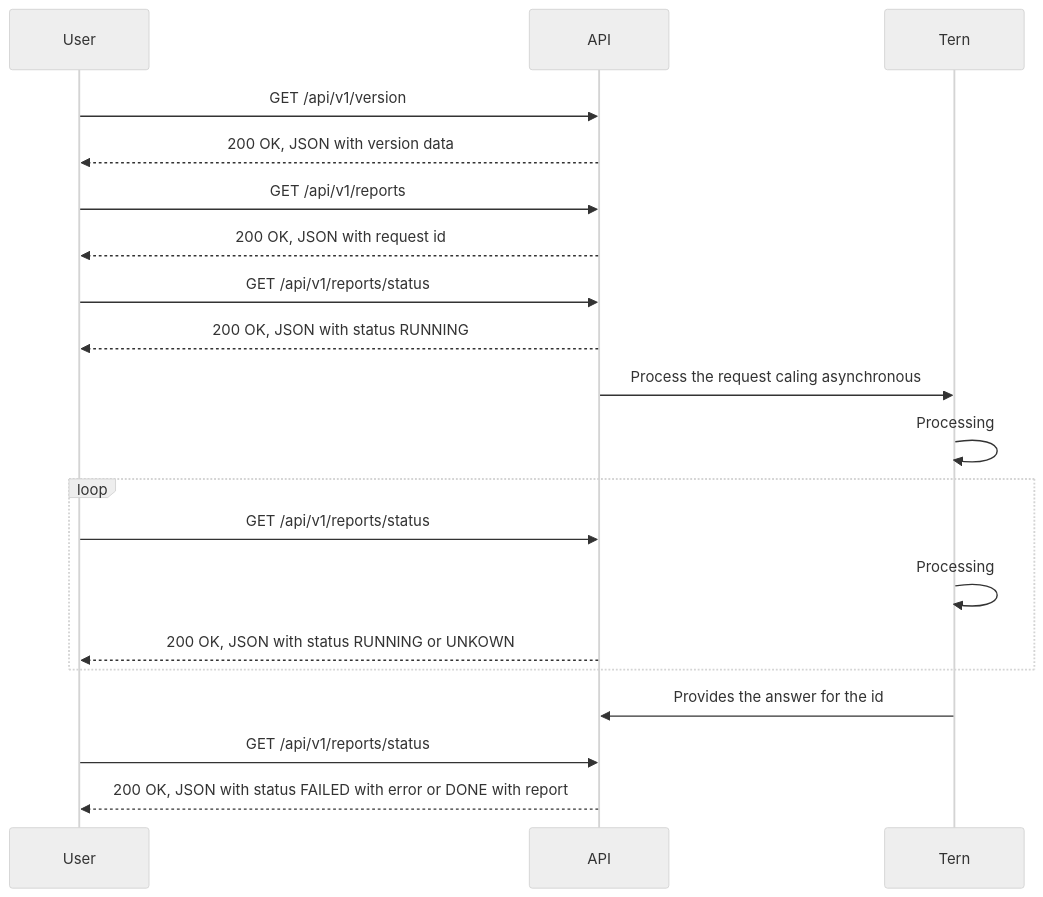
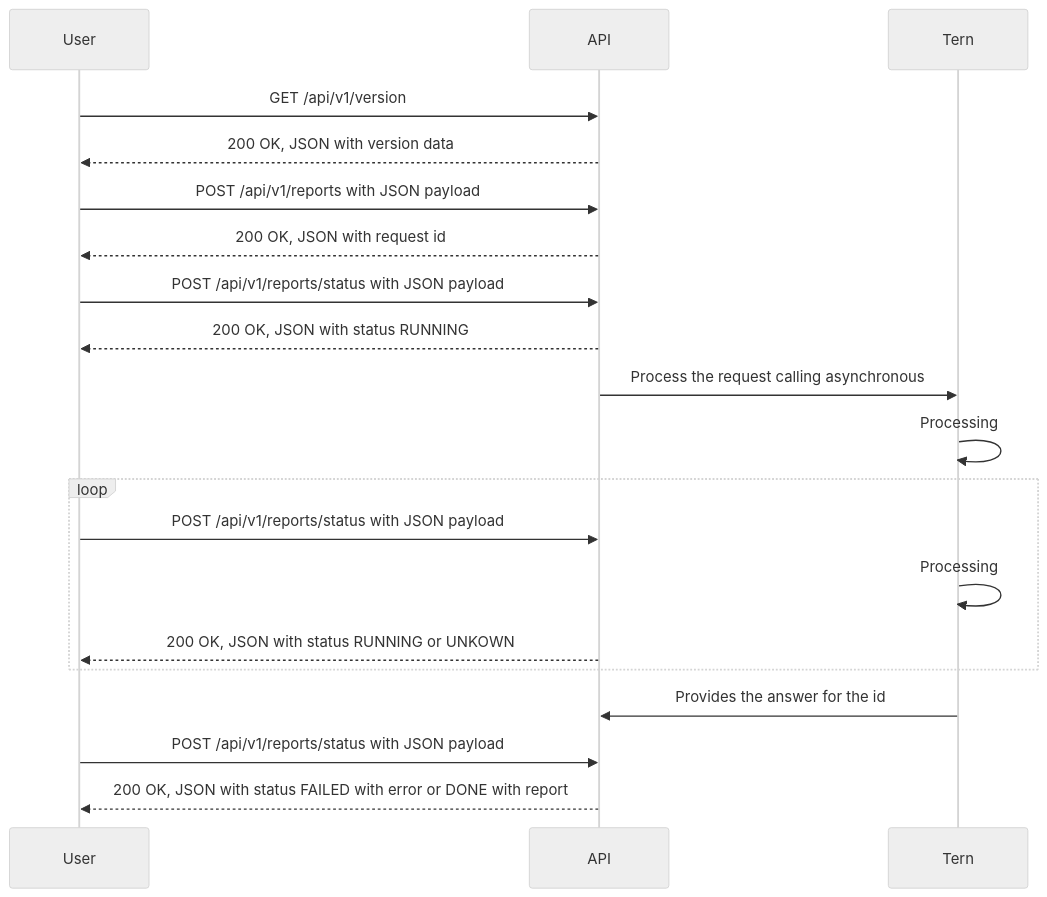
One commit to tern-tools/tern-rest-api changed the diagram in README.md. Above: the diagram before and after it, drawn with Mermaid (neutral theme). The commit also changed other lines of this file and 15 other files, not shown here.

````diff
--- a/README.md
+++ b/README.md
@@ -22,22 +19,22 @@
 ```mermaid
   sequenceDiagram
     participant User
     participant API
     participant Tern
     User->>API: GET /api/v1/version
     API-->>User: 200 OK, JSON with version data
-    User->>API: GET /api/v1/reports
+    User->>API: POST /api/v1/reports with JSON payload
     API-->>User: 200 OK, JSON with request id
-    User->>API: GET /api/v1/reports/status
+    User->>API: POST /api/v1/reports/status with JSON payload
     API-->>User: 200 OK, JSON with status RUNNING
-    API->>Tern: Process the request caling asynchronous
+    API->>Tern: Process the request calling asynchronous
     Tern->>Tern: Processing
     loop
-    User->>API: GET /api/v1/reports/status
+    User->>API: POST /api/v1/reports/status with JSON payload
     Tern->>Tern: Processing
     API-->>User: 200 OK, JSON with status RUNNING or UNKOWN
     end
     Tern->>API: Provides the answer for the id
-    User->>API: GET /api/v1/reports/status
+    User->>API: POST /api/v1/reports/status with JSON payload
     API-->>User: 200 OK, JSON with status FAILED with error or DONE with report
 ```
````
